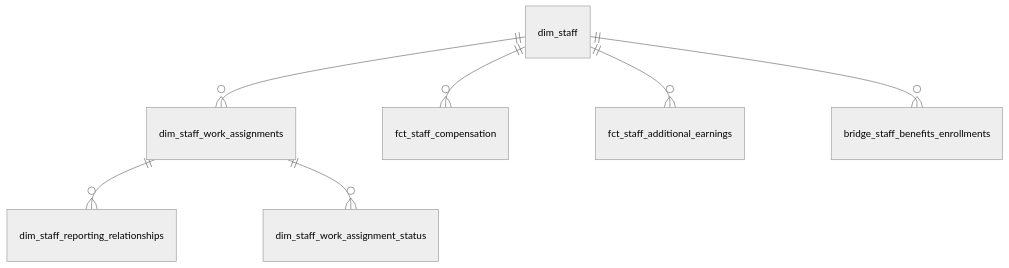
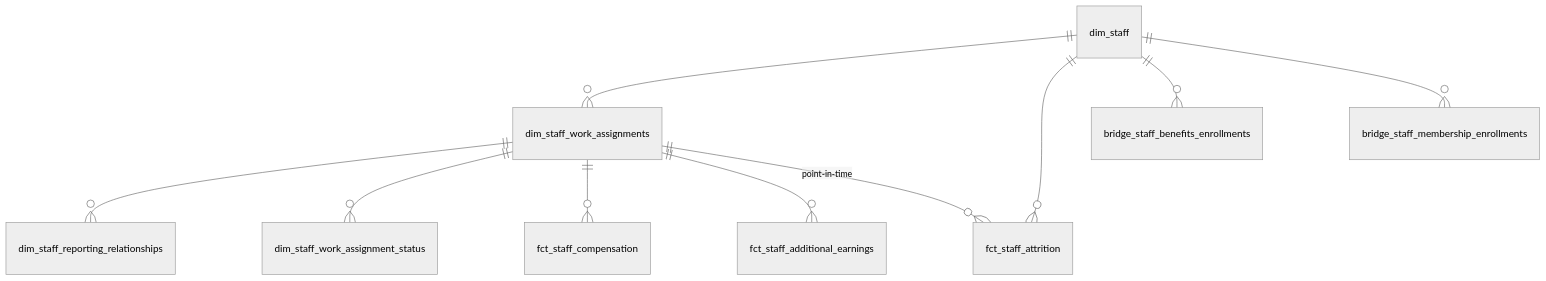
The second of 10 diagrams in docs/superpowers/specs/2026-03-27-star-schema-data-mart-design.md (TEAMSchools/teamster), drawn with Mermaid (neutral theme) before and after one commit. The commit also changed other lines of this file, not shown here.

First line of the commit message:
docs: revise star schema data mart spec per stakeholder feedback

````diff
--- a/docs/superpowers/specs/2026-03-27-star-schema-data-mart-design.md
+++ b/docs/superpowers/specs/2026-03-27-star-schema-data-mart-design.md
@@ -345,9 +415,12 @@
 ```mermaid
 erDiagram
     dim_staff ||--o{ dim_staff_work_assignments : ""
     dim_staff_work_assignments ||--o{ dim_staff_reporting_relationships : ""
     dim_staff_work_assignments ||--o{ dim_staff_work_assignment_status : ""
-    dim_staff ||--o{ fct_staff_compensation : ""
-    dim_staff ||--o{ fct_staff_additional_earnings : ""
+    dim_staff_work_assignments ||--o{ fct_staff_compensation : ""
+    dim_staff_work_assignments ||--o{ fct_staff_additional_earnings : ""
+    dim_staff ||--o{ fct_staff_attrition : ""
+    dim_staff_work_assignments ||--o{ fct_staff_attrition : "point-in-time"
     dim_staff ||--o{ bridge_staff_benefits_enrollments : ""
+    dim_staff ||--o{ bridge_staff_membership_enrollments : ""
 ```
````
